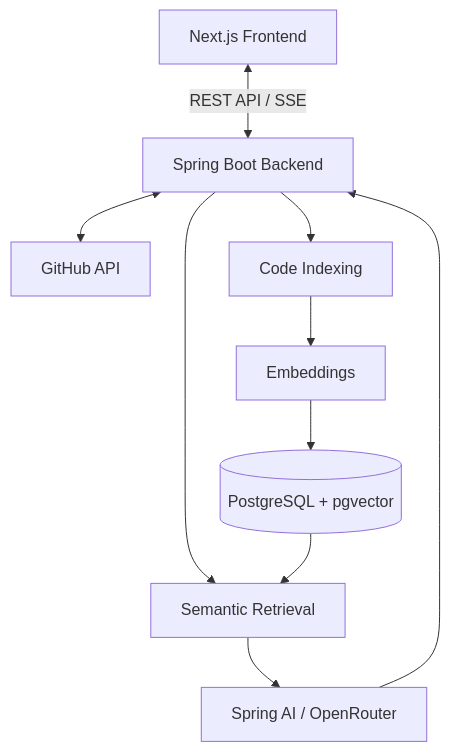
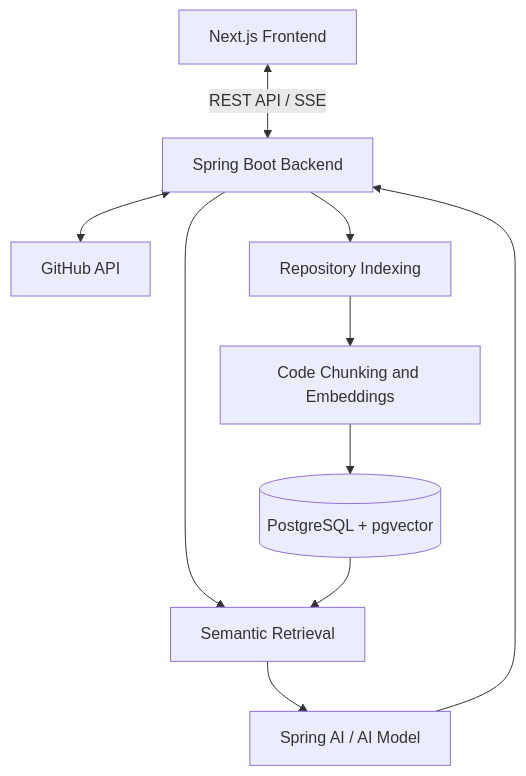
The diagram in readme.md (Rishav9142/devPilot), drawn with Mermaid before and after one commit. The commit also changed other lines of this file, not shown here.

````diff
--- a/readme.md
+++ b/readme.md
@@ -50,12 +77,12 @@
 ```mermaid
 flowchart TD
     A[Next.js Frontend] <-->|REST API / SSE| B[Spring Boot Backend]
     B <--> C[GitHub API]
-    B --> D[Code Indexing]
-    D --> E[Embeddings]
+    B --> D[Repository Indexing]
+    D --> E[Code Chunking and Embeddings]
     E --> F[(PostgreSQL + pgvector)]
     B --> G[Semantic Retrieval]
     F --> G
-    G --> H[Spring AI / OpenRouter]
+    G --> H[Spring AI / AI Model]
     H --> B
 ```
````
